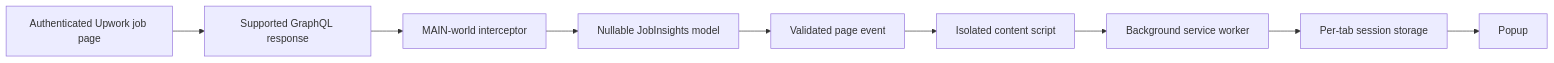
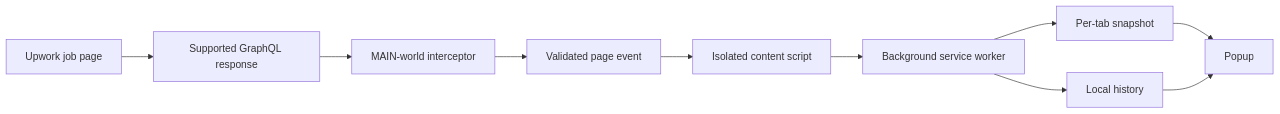
Before and after one commit to sfsajid91/upwork-tools: the diagram in README.md, drawn with Mermaid. The commit also changed other lines of this file and 105 other files, not shown here.

First line of the commit message:
feat: build deterministic local job intelligence (#2)

````diff
--- a/README.md
+++ b/README.md
@@ -36,11 +58,12 @@
 ```mermaid
 flowchart LR
-  A[Authenticated Upwork job page] --> B[Supported GraphQL response]
+  A[Upwork job page] --> B[Supported GraphQL response]
   B --> C[MAIN-world interceptor]
-  C --> D[Nullable JobInsights model]
-  D --> E[Validated page event]
-  E --> F[Isolated content script]
-  F --> G[Background service worker]
-  G --> H[Per-tab session storage]
-  H --> I[Popup]
+  C --> D[Validated page event]
+  D --> E[Isolated content script]
+  E --> F[Background service worker]
+  F --> G[Per-tab snapshot]
+  F --> H[Local history]
+  G --> I[Popup]
+  H --> I
 ```
````
